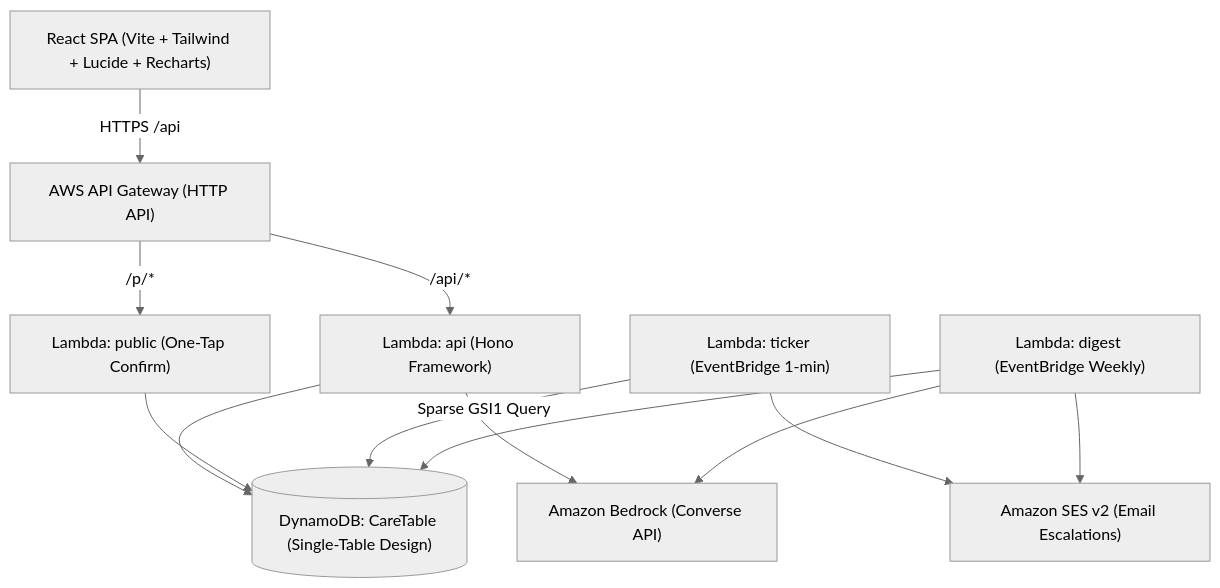
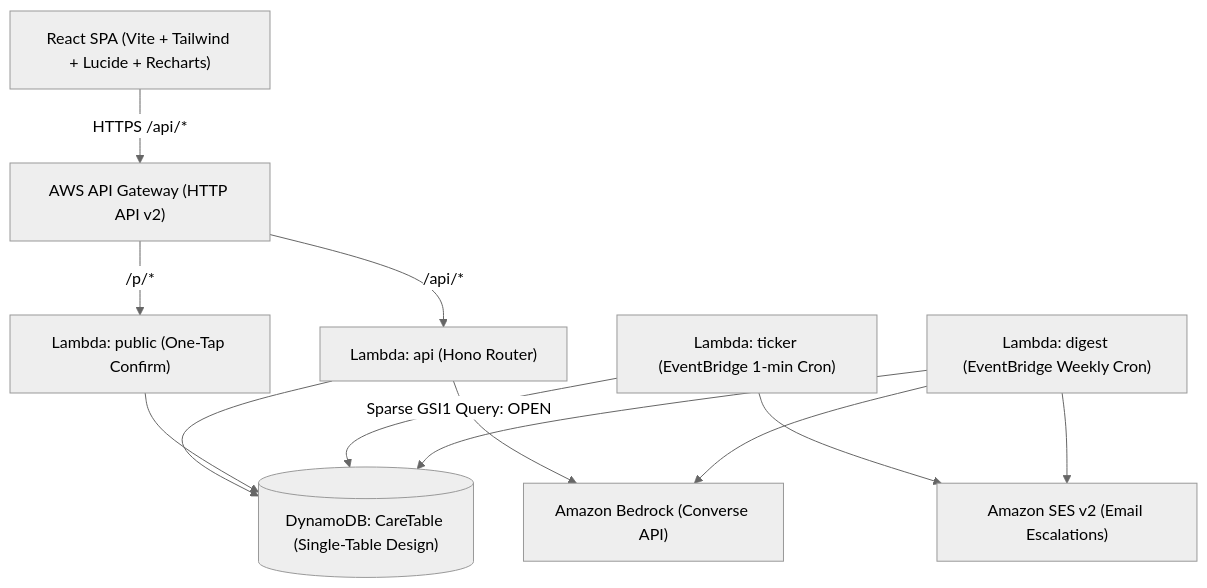
One commit to aryan54-rgb/CareCircle changed the first of 2 diagrams in README.md. Above: the diagram before and after it, drawn with Mermaid (neutral theme). The commit also changed other lines of this file, not shown here.

Commit message:
docs: overhaul README with high-polish badges, architecture, and feature deep-dives

````diff
--- a/README.md
+++ b/README.md
@@ -25,26 +130,26 @@
 ```mermaid
 flowchart TD
     Client["React SPA (Vite + Tailwind + Lucide + Recharts)"]
-    APIGW["AWS API Gateway (HTTP API)"]
-    LambdaAPI["Lambda: api (Hono Framework)"]
+    APIGW["AWS API Gateway (HTTP API v2)"]
+    LambdaAPI["Lambda: api (Hono Router)"]
     LambdaPublic["Lambda: public (One-Tap Confirm)"]
-    LambdaTicker["Lambda: ticker (EventBridge 1-min)"]
-    LambdaDigest["Lambda: digest (EventBridge Weekly)"]
+    LambdaTicker["Lambda: ticker (EventBridge 1-min Cron)"]
+    LambdaDigest["Lambda: digest (EventBridge Weekly Cron)"]
     DDB[("DynamoDB: CareTable (Single-Table Design)")]
     SES["Amazon SES v2 (Email Escalations)"]
     Bedrock["Amazon Bedrock (Converse API)"]
 
-    Client -->|HTTPS /api| APIGW
+    Client -->|HTTPS /api/*| APIGW
     APIGW -->|/api/*| LambdaAPI
     APIGW -->|/p/*| LambdaPublic
     
     LambdaAPI --> DDB
     LambdaAPI --> Bedrock
     LambdaPublic --> DDB
     
-    LambdaTicker -->|Sparse GSI1 Query| DDB
+    LambdaTicker -->|Sparse GSI1 Query: OPEN| DDB
     LambdaTicker --> SES
     LambdaDigest --> DDB
     LambdaDigest --> SES
     LambdaDigest --> Bedrock
 ```
````
